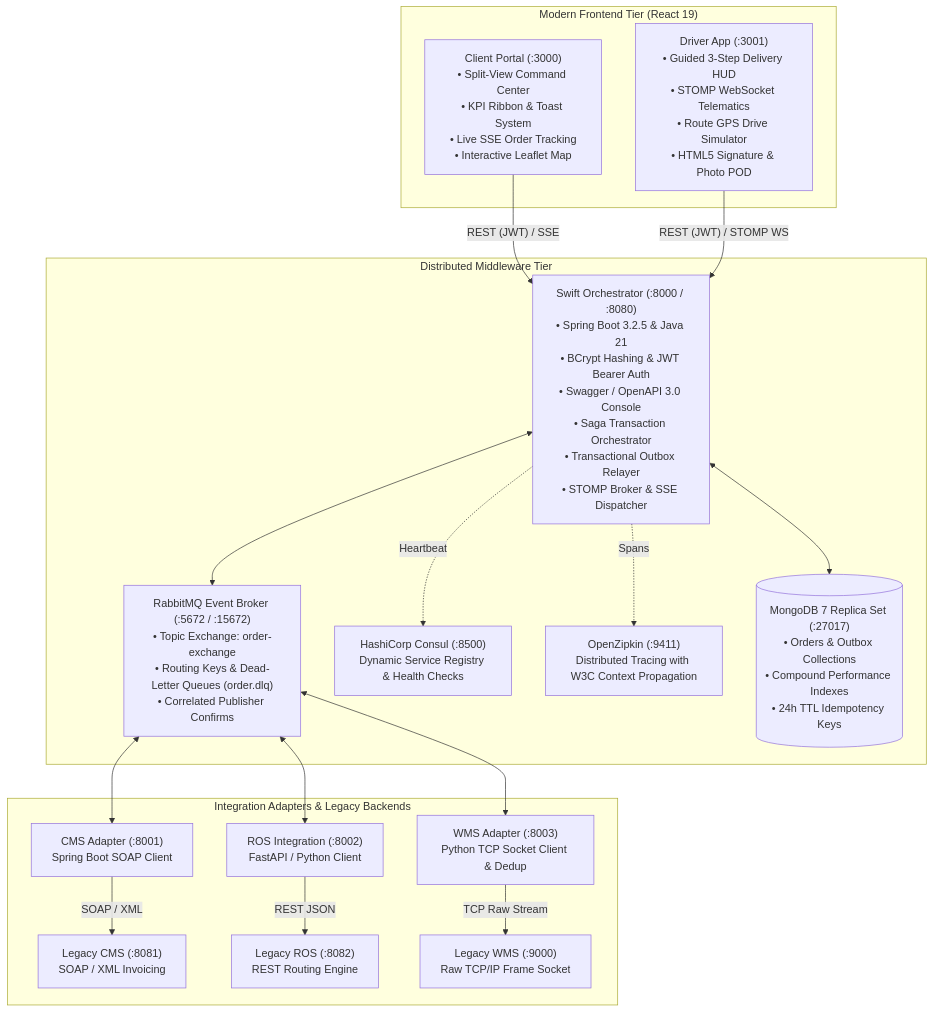
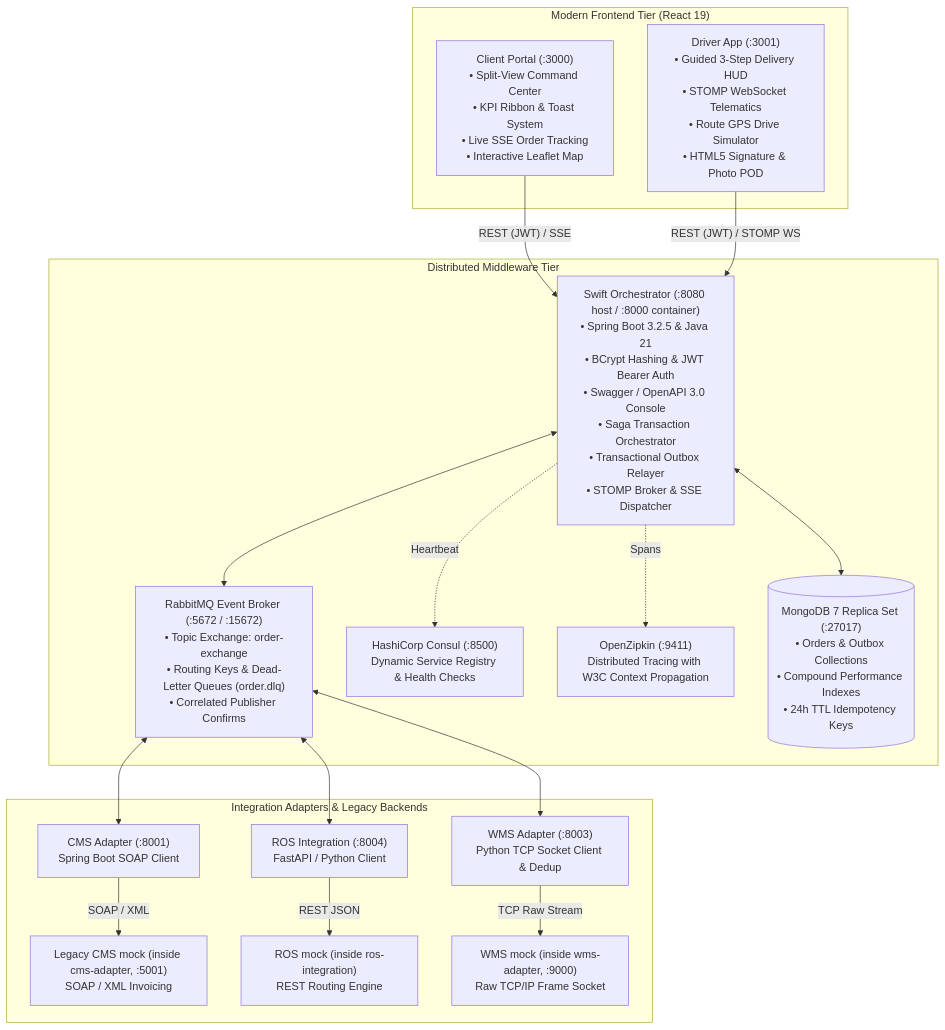
Before and after one commit to sakiththewmika/swift-logistics: the diagram in README.md, drawn with Mermaid. The commit also changed other lines of this file and 2 other files, not shown here.

````diff
--- a/README.md
+++ b/README.md
@@ -21,45 +21,45 @@
 ```mermaid
 flowchart TD
     subgraph Frontend["Modern Frontend Tier (React 19)"]
         CP["Client Portal (:3000)<br/>• Split-View Command Center<br/>• KPI Ribbon & Toast System<br/>• Live SSE Order Tracking<br/>• Interactive Leaflet Map"]
         DA["Driver App (:3001)<br/>• Guided 3-Step Delivery HUD<br/>• STOMP WebSocket Telematics<br/>• Route GPS Drive Simulator<br/>• HTML5 Signature & Photo POD"]
     end
 
     subgraph Middleware["Distributed Middleware Tier"]
-        GW["Swift Orchestrator (:8000 / :8080)<br/>• Spring Boot 3.2.5 & Java 21<br/>• BCrypt Hashing & JWT Bearer Auth<br/>• Swagger / OpenAPI 3.0 Console<br/>• Saga Transaction Orchestrator<br/>• Transactional Outbox Relayer<br/>• STOMP Broker & SSE Dispatcher"]
+        GW["Swift Orchestrator (:8080 host / :8000 container)<br/>• Spring Boot 3.2.5 & Java 21<br/>• BCrypt Hashing & JWT Bearer Auth<br/>• Swagger / OpenAPI 3.0 Console<br/>• Saga Transaction Orchestrator<br/>• Transactional Outbox Relayer<br/>• STOMP Broker & SSE Dispatcher"]
         
         RMQ["RabbitMQ Event Broker (:5672 / :15672)<br/>• Topic Exchange: order-exchange<br/>• Routing Keys & Dead-Letter Queues (order.dlq)<br/>• Correlated Publisher Confirms"]
         
         CSL["HashiCorp Consul (:8500)<br/>Dynamic Service Registry & Health Checks"]
         ZPK["OpenZipkin (:9411)<br/>Distributed Tracing with W3C Context Propagation"]
         MDB[("MongoDB 7 Replica Set (:27017)<br/>• Orders & Outbox Collections<br/>• Compound Performance Indexes<br/>• 24h TTL Idempotency Keys")]
     end
 
     subgraph Adapters["Integration Adapters & Legacy Backends"]
         CMSA["CMS Adapter (:8001)<br/>Spring Boot SOAP Client"]
-        LCMS["Legacy CMS (:8081)<br/>SOAP / XML Invoicing"]
+        LCMS["Legacy CMS mock (inside cms-adapter, :5001)<br/>SOAP / XML Invoicing"]
 
-        ROSA["ROS Integration (:8002)<br/>FastAPI / Python Client"]
-        LROS["Legacy ROS (:8082)<br/>REST Routing Engine"]
+        ROSA["ROS Integration (:8004)<br/>FastAPI / Python Client"]
+        LROS["ROS mock (inside ros-integration)<br/>REST Routing Engine"]
 
         WMSA["WMS Adapter (:8003)<br/>Python TCP Socket Client & Dedup"]
-        LWMS["Legacy WMS (:9000)<br/>Raw TCP/IP Frame Socket"]
+        LWMS["WMS mock (inside wms-adapter, :9000)<br/>Raw TCP/IP Frame Socket"]
     end
 
     CP -- "REST (JWT) / SSE" --> GW
     DA -- "REST (JWT) / STOMP WS" --> GW
 
     GW <--> MDB
     GW <--> RMQ
     GW -. Heartbeat .-> CSL
     GW -. Spans .-> ZPK
 
     RMQ <--> CMSA
     CMSA -- "SOAP / XML" --> LCMS
 
     RMQ <--> ROSA
     ROSA -- "REST JSON" --> LROS
 
     RMQ <--> WMSA
     WMSA -- "TCP Raw Stream" --> LWMS
 ```
````
